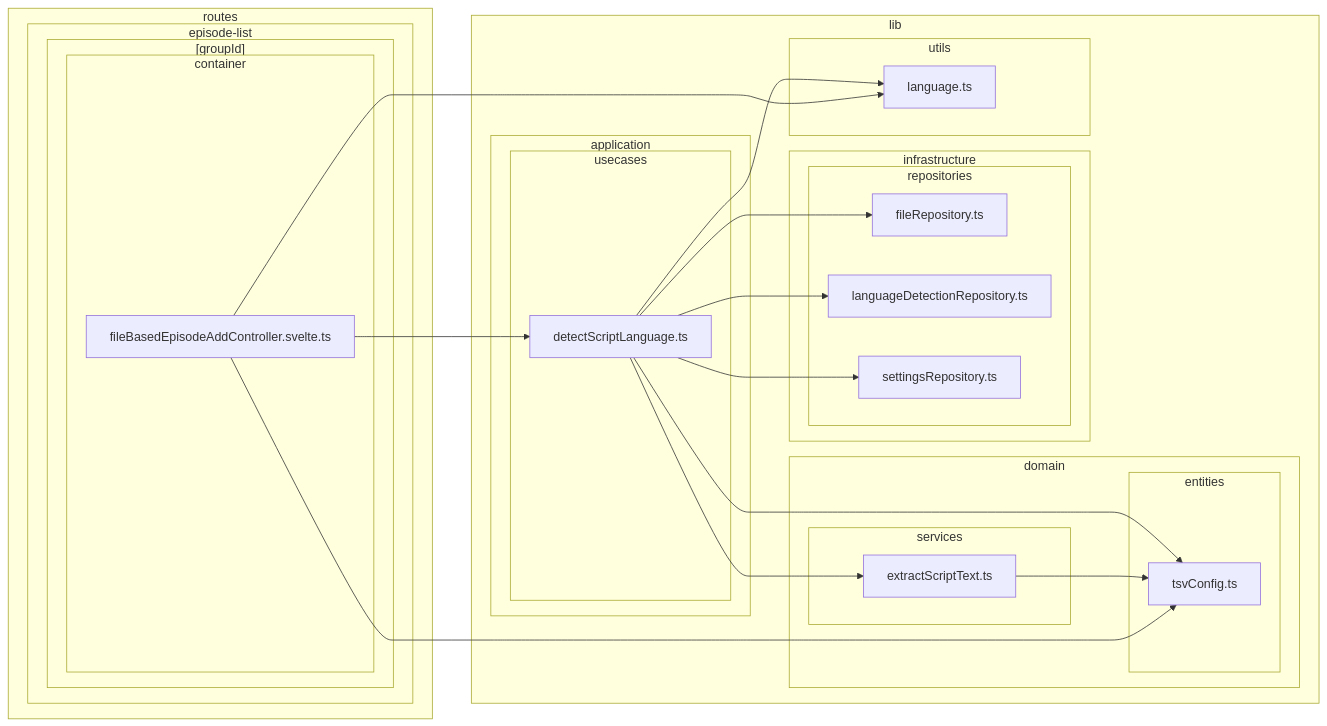
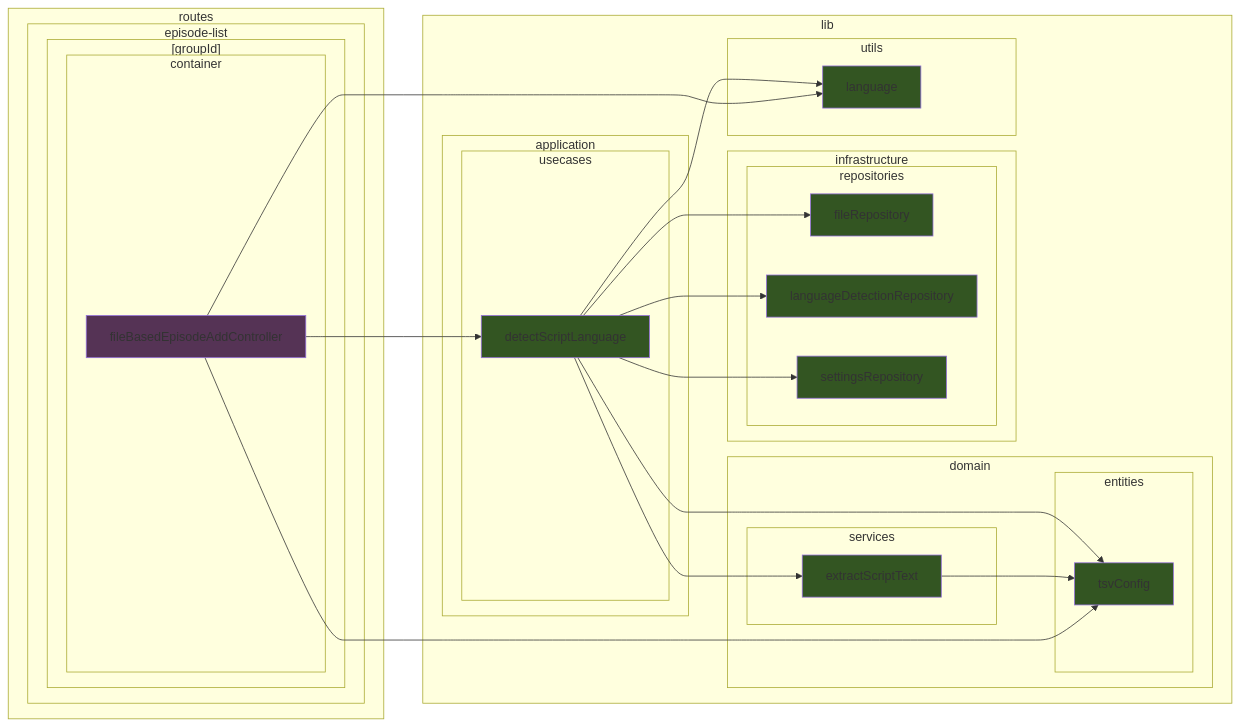
Before and after one commit to k5n/kotonoha: diagram 12 of 39 in doc/dependency-graph.md, drawn with Mermaid. The commit also changed other lines of this file, not shown here.

````diff
--- a/doc/dependency-graph.md
+++ b/doc/dependency-graph.md
@@ -499,47 +654,58 @@
 ```mermaid
 graph LR
+    classDef cssSvelteComponent fill:#325;
+    classDef cssSvelteScript fill:#535;
+    classDef cssTypeScript fill:#352;
         subgraph sg_lib ["lib"]
             subgraph sg_lib_application ["application"]
                 subgraph sg_lib_application_usecases ["usecases"]
-                    src_lib_application_usecases_detectScriptLanguage_ts["detectScriptLanguage.ts"]
+                    src_lib_application_usecases_detectScriptLanguage_ts["detectScriptLanguage"]
                 end
             end
             subgraph sg_lib_domain ["domain"]
                 subgraph sg_lib_domain_entities ["entities"]
-                    src_lib_domain_entities_tsvConfig_ts["tsvConfig.ts"]
+                    src_lib_domain_entities_tsvConfig_ts["tsvConfig"]
                 end
                 subgraph sg_lib_domain_services ["services"]
-                    src_lib_domain_services_extractScriptText_ts["extractScriptText.ts"]
+                    src_lib_domain_services_extractScriptText_ts["extractScriptText"]
                 end
             end
             subgraph sg_lib_infrastructure ["infrastructure"]
                 subgraph sg_lib_infrastructure_repositories ["repositories"]
-                    src_lib_infrastructure_repositories_fileRepository_ts["fileRepository.ts"]
-                    src_lib_infrastructure_repositories_languageDetectionRepository_ts["languageDetectionRepository.ts"]
-                    src_lib_infrastructure_repositories_settingsRepository_ts["settingsRepository.ts"]
+                    src_lib_infrastructure_repositories_fileRepository_ts["fileRepository"]
+                    src_lib_infrastructure_repositories_languageDetectionRepository_ts["languageDetectionRepository"]
+                    src_lib_infrastructure_repositories_settingsRepository_ts["settingsRepository"]
                 end
             end
             subgraph sg_lib_utils ["utils"]
-                src_lib_utils_language_ts["language.ts"]
+                src_lib_utils_language_ts["language"]
             end
         end
         subgraph sg_routes ["routes"]
             subgraph sg_routes_episode_list ["episode-list"]
                 subgraph sg_routes_episode_list__groupId_ ["[groupId]"]
                     subgraph sg_routes_episode_list__groupId__container ["container"]
-                        src_routes_episode_list__groupId__container_fileBasedEpisodeAddController_svelte_ts["fileBasedEpisodeAddController.svelte.ts"]
+                        src_routes_episode_list__groupId__container_fileBasedEpisodeAddController_svelte_ts["fileBasedEpisodeAddController"]
                     end
                 end
             end
         end
     src_lib_application_usecases_detectScriptLanguage_ts --> src_lib_domain_entities_tsvConfig_ts
     src_lib_application_usecases_detectScriptLanguage_ts --> src_lib_domain_services_extractScriptText_ts
     src_lib_application_usecases_detectScriptLanguage_ts --> src_lib_infrastructure_repositories_fileRepository_ts
     src_lib_application_usecases_detectScriptLanguage_ts --> src_lib_infrastructure_repositories_languageDetectionRepository_ts
     src_lib_application_usecases_detectScriptLanguage_ts --> src_lib_infrastructure_repositories_settingsRepository_ts
     src_lib_application_usecases_detectScriptLanguage_ts --> src_lib_utils_language_ts
     src_lib_domain_services_extractScriptText_ts --> src_lib_domain_entities_tsvConfig_ts
     src_routes_episode_list__groupId__container_fileBasedEpisodeAddController_svelte_ts --> src_lib_application_usecases_detectScriptLanguage_ts
     src_routes_episode_list__groupId__container_fileBasedEpisodeAddController_svelte_ts --> src_lib_domain_entities_tsvConfig_ts
     src_routes_episode_list__groupId__container_fileBasedEpisodeAddController_svelte_ts --> src_lib_utils_language_ts
+    class src_lib_application_usecases_detectScriptLanguage_ts cssTypeScript
+    class src_lib_domain_entities_tsvConfig_ts cssTypeScript
+    class src_lib_domain_services_extractScriptText_ts cssTypeScript
+    class src_lib_infrastructure_repositories_fileRepository_ts cssTypeScript
+    class src_lib_infrastructure_repositories_languageDetectionRepository_ts cssTypeScript
+    class src_lib_infrastructure_repositories_settingsRepository_ts cssTypeScript
+    class src_lib_utils_language_ts cssTypeScript
+    class src_routes_episode_list__groupId__container_fileBasedEpisodeAddController_svelte_ts cssSvelteScript
 ```
````
